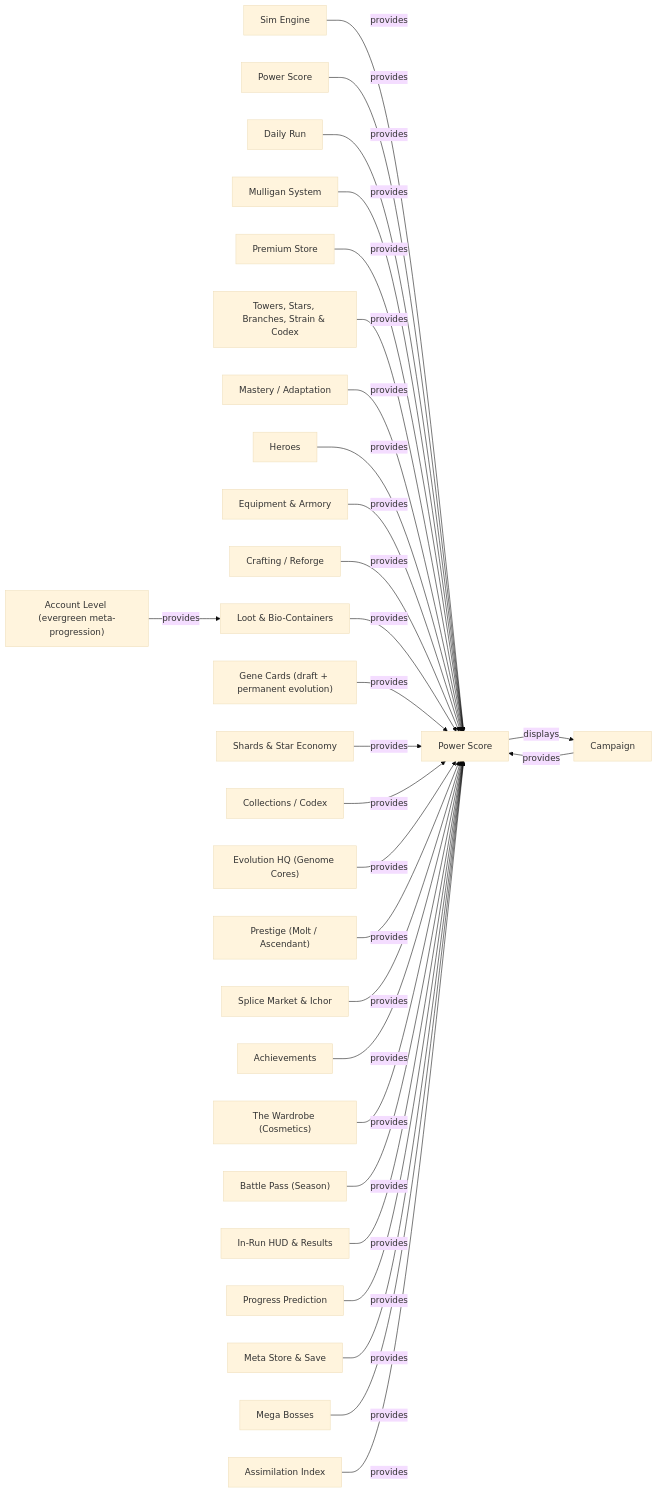
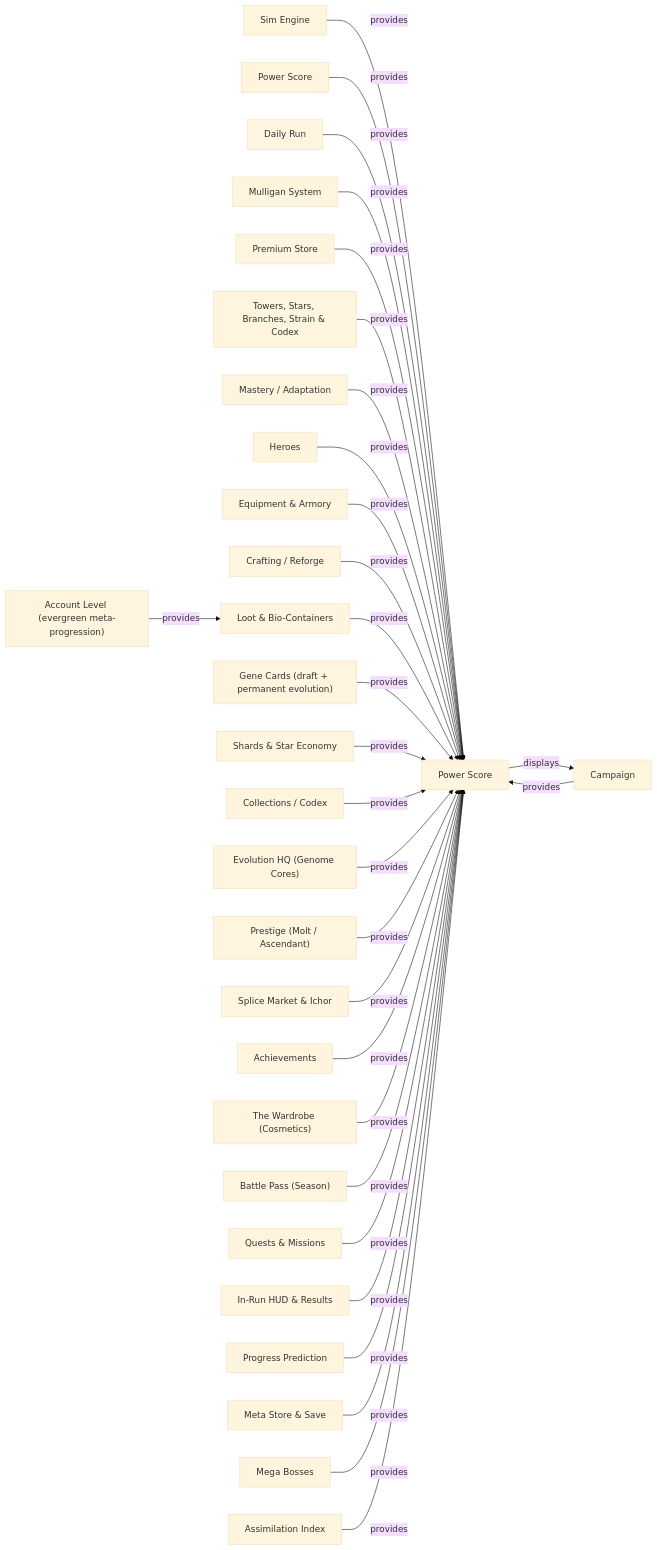
One commit to jathanalston-ship-it/TowerDefenseGame changed the second of 4 diagrams in docs/DIL_GRAPH.md. Above: the diagram before and after it, drawn with Mermaid (base theme). The commit also changed other lines of this file and 34 other files, not shown here.

````diff
--- a/docs/DIL_GRAPH.md
+++ b/docs/DIL_GRAPH.md
@@ -121,31 +124,32 @@
 ```mermaid
 graph LR
   system_engine["Sim Engine"] -->|provides| concept_power_score["Power Score"]
   system_power["Power Score"] -->|provides| concept_power_score["Power Score"]
   system_campaign["Campaign"] -->|provides| concept_power_score["Power Score"]
   system_daily["Daily Run"] -->|provides| concept_power_score["Power Score"]
   system_mulligans["Mulligan System"] -->|provides| concept_power_score["Power Score"]
   system_premium["Premium Store"] -->|provides| concept_power_score["Power Score"]
   system_towers["Towers, Stars, Branches, Strain & Codex"] -->|provides| concept_power_score["Power Score"]
   system_mastery["Mastery / Adaptation"] -->|provides| concept_power_score["Power Score"]
   system_heroes["Heroes"] -->|provides| concept_power_score["Power Score"]
   system_equipment["Equipment & Armory"] -->|provides| concept_power_score["Power Score"]
   system_crafting["Crafting / Reforge"] -->|provides| concept_power_score["Power Score"]
   system_loot["Loot & Bio-Containers"] -->|provides| concept_power_score["Power Score"]
   system_gene_cards["Gene Cards (draft + permanent evolution)"] -->|provides| concept_power_score["Power Score"]
   system_shards_economy["Shards & Star Economy"] -->|provides| concept_power_score["Power Score"]
   system_collection["Collections / Codex"] -->|provides| concept_power_score["Power Score"]
   system_evolution_hq["Evolution HQ (Genome Cores)"] -->|provides| concept_power_score["Power Score"]
   system_prestige["Prestige (Molt / Ascendant)"] -->|provides| concept_power_score["Power Score"]
   system_splice_market["Splice Market & Ichor"] -->|provides| concept_power_score["Power Score"]
   system_achievements["Achievements"] -->|provides| concept_power_score["Power Score"]
   system_cosmetics["The Wardrobe (Cosmetics)"] -->|provides| concept_power_score["Power Score"]
   system_battle_pass["Battle Pass (Season)"] -->|provides| concept_power_score["Power Score"]
+  system_quests["Quests & Missions"] -->|provides| concept_power_score["Power Score"]
   system_run_ui["In-Run HUD & Results"] -->|provides| concept_power_score["Power Score"]
   system_prediction["Progress Prediction"] -->|provides| concept_power_score["Power Score"]
   system_meta_store["Meta Store & Save"] -->|provides| concept_power_score["Power Score"]
   system_mega_bosses["Mega Bosses"] -->|provides| concept_power_score["Power Score"]
   system_assimilation["Assimilation Index"] -->|provides| concept_power_score["Power Score"]
   concept_power_score["Power Score"] -->|displays| system_campaign["Campaign"]
   system_account_level["Account Level (evergreen meta-progression)"] -->|provides| system_loot["Loot & Bio-Containers"]
 ```
````
